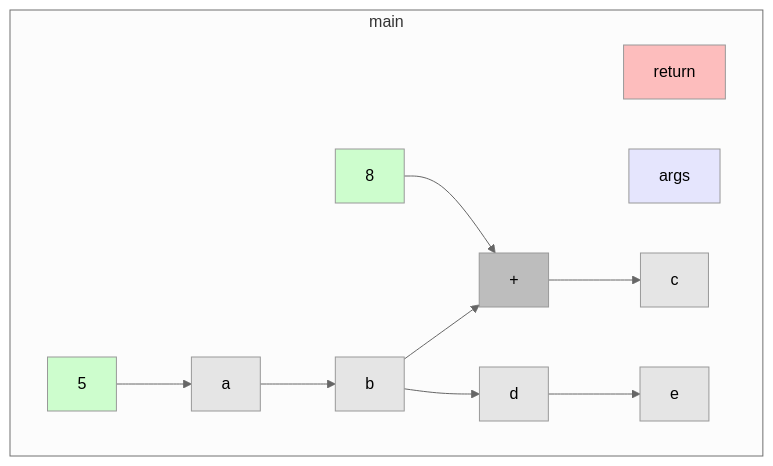
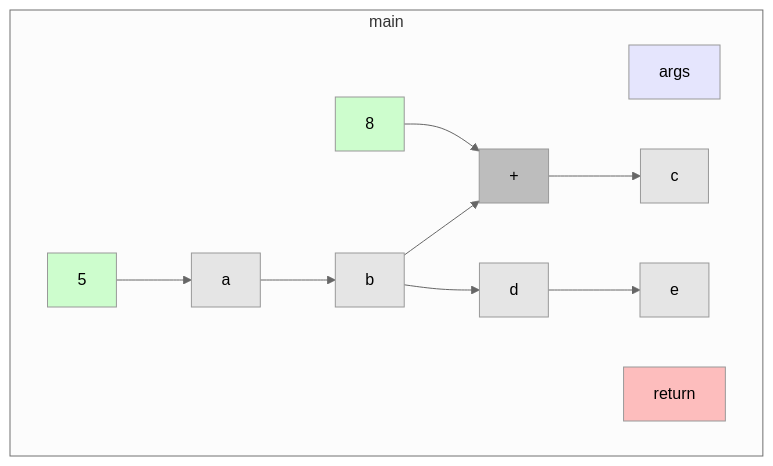
The diagram in app/src/test/resources/base/truth.md (gstiebler/codeflow), drawn with Mermaid (neutral theme) before and after one commit. The commit also changed 3 other files, not shown here.

````diff
--- a/app/src/test/resources/base/truth.md
+++ b/app/src/test/resources/base/truth.md
@@ -1,27 +1,27 @@
 ```mermaid
 flowchart TD
   subgraph main
-    75665666[return]:::RETURN
-    75665690[args]:::FUNC_PARAM
-    75665715[a]:::VARIABLE
-    75665729[5]:::LITERAL
-    75665740[b]:::VARIABLE
-    75665765[c]:::VARIABLE
-    75665779[+]:::BIN_OP
-    75665783[8]:::LITERAL
-    75665809[d]:::VARIABLE
-    75665824[e]:::VARIABLE
-    75665715[a]:::VARIABLE --> 75665740[b]:::VARIABLE
-    75665729[5]:::LITERAL --> 75665715[a]:::VARIABLE
-    75665740[b]:::VARIABLE --> 75665779[+]:::BIN_OP
-    75665740[b]:::VARIABLE --> 75665809[d]:::VARIABLE
-    75665779[+]:::BIN_OP --> 75665765[c]:::VARIABLE
-    75665783[8]:::LITERAL --> 75665779[+]:::BIN_OP
-    75665809[d]:::VARIABLE --> 75665824[e]:::VARIABLE
+    13677[args]:::FUNC_PARAM
+    13681[a]:::VARIABLE
+    13682[b]:::VARIABLE
+    13683[c]:::VARIABLE
+    13684[d]:::VARIABLE
+    13685[e]:::VARIABLE
+    142168[+]:::BIN_OP
+    429539[8]:::LITERAL
+    463044[5]:::LITERAL
+    826030[return]:::RETURN
+    13681[a]:::VARIABLE --> 13682[b]:::VARIABLE
+    13682[b]:::VARIABLE --> 142168[+]:::BIN_OP
+    13682[b]:::VARIABLE --> 13684[d]:::VARIABLE
+    13684[d]:::VARIABLE --> 13685[e]:::VARIABLE
+    142168[+]:::BIN_OP --> 13683[c]:::VARIABLE
+    429539[8]:::LITERAL --> 142168[+]:::BIN_OP
+    463044[5]:::LITERAL --> 13681[a]:::VARIABLE
   end
   classDef LITERAL fill:#00FF0030
   classDef VARIABLE fill:#80808030
   classDef BIN_OP fill:#80808080
   classDef FUNC_PARAM fill:#8080FF30
   classDef RETURN fill:#FF808080
 ```
````
